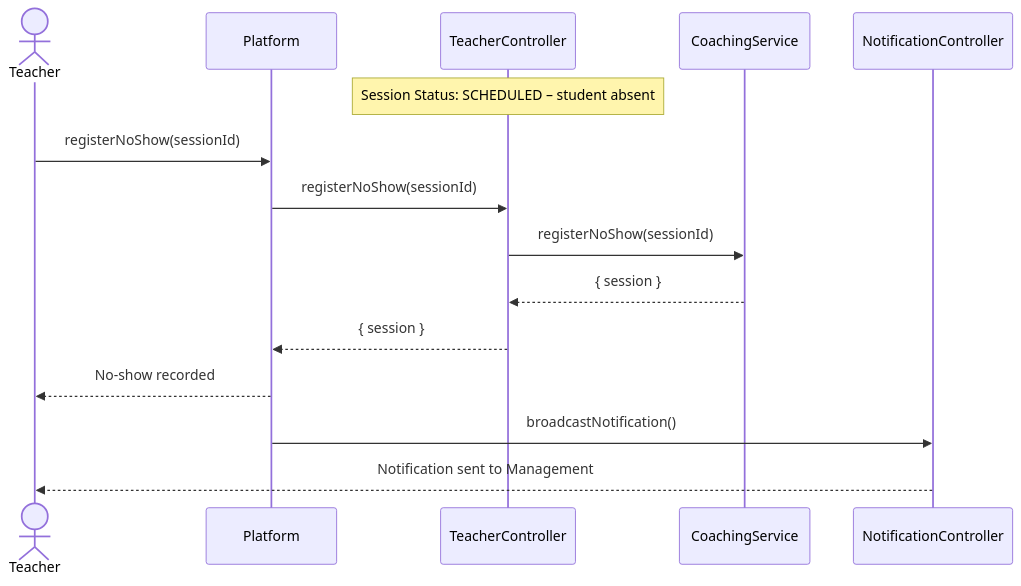
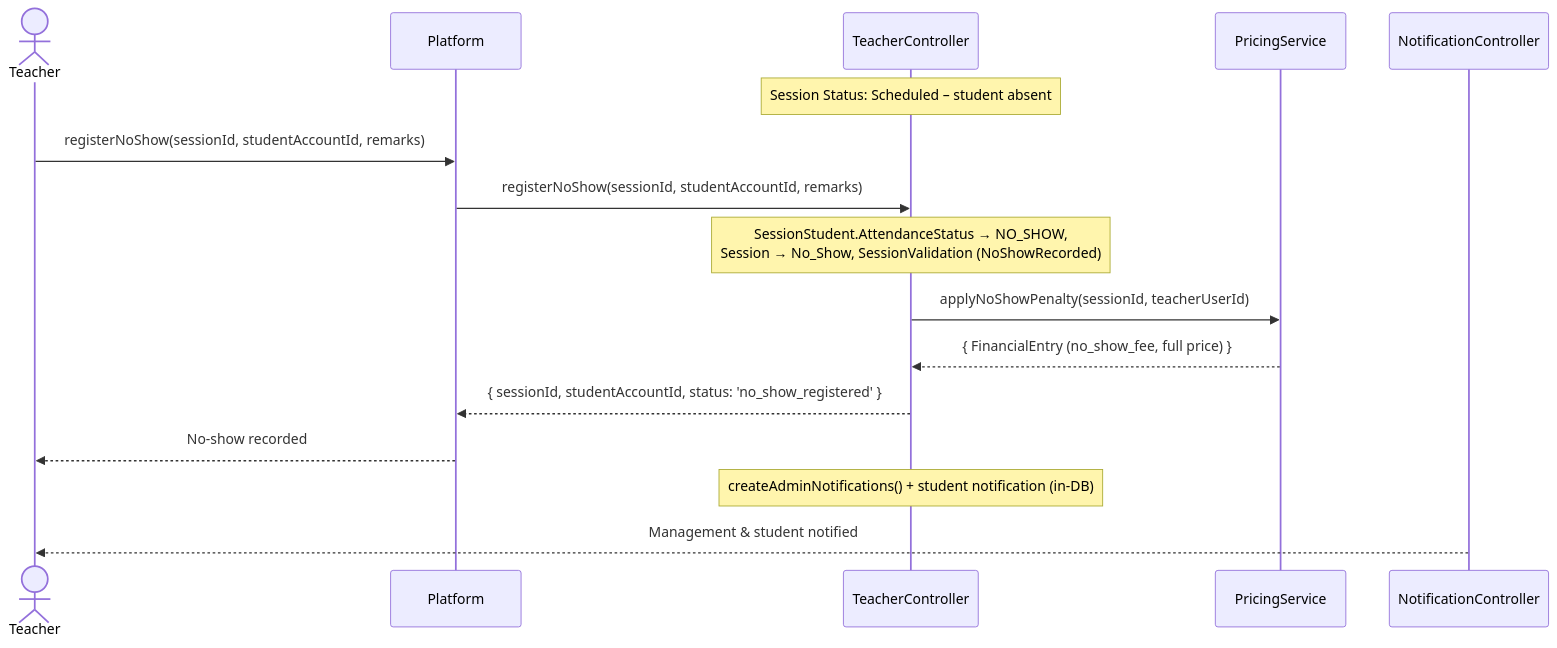
Before and after one commit to NovaLogic-Systems/gestArtes-docs: the fifth of 23 diagrams in diagrams/Sequence Diagram/sequencediagram.md, drawn with Mermaid. The commit also changed other lines of this file and 4 other files, not shown here.

````diff
--- a/diagrams/Sequence Diagram/sequencediagram.md
+++ b/diagrams/Sequence Diagram/sequencediagram.md
@@ -132,19 +136,20 @@
 ```mermaid
 sequenceDiagram
     actor Teacher
     participant Platform as Platform
     participant TeacherController as TeacherController
-    participant CoachingService as CoachingService
+    participant PricingService as PricingService
     participant NotificationController as NotificationController
 
-    Note over TeacherController: Session Status: SCHEDULED – student absent
-    Teacher->>Platform: registerNoShow(sessionId)
-    Platform->>TeacherController: registerNoShow(sessionId)
-    TeacherController->>CoachingService: registerNoShow(sessionId)
-    CoachingService-->>TeacherController: { session }
-    TeacherController-->>Platform: { session }
+    Note over TeacherController: Session Status: Scheduled – student absent
+    Teacher->>Platform: registerNoShow(sessionId, studentAccountId, remarks)
+    Platform->>TeacherController: registerNoShow(sessionId, studentAccountId, remarks)
+    Note over TeacherController: SessionStudent.AttendanceStatus → NO_SHOW,<br/>Session → No_Show, SessionValidation (NoShowRecorded)
+    TeacherController->>PricingService: applyNoShowPenalty(sessionId, teacherUserId)
+    PricingService-->>TeacherController: { FinancialEntry (no_show_fee, full price) }
+    TeacherController-->>Platform: { sessionId, studentAccountId, status: 'no_show_registered' }
     Platform-->>Teacher: No-show recorded
 
-    Platform->>NotificationController: broadcastNotification()
-    NotificationController-->>Teacher: Notification sent to Management
+    Note over TeacherController: createAdminNotifications() + student notification (in-DB)
+    NotificationController-->>Teacher: Management & student notified
 ```
````
